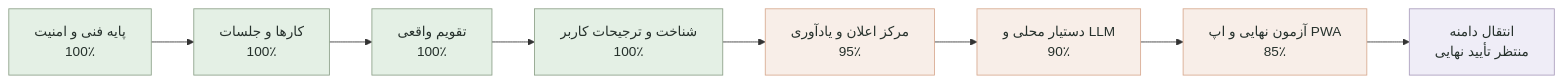
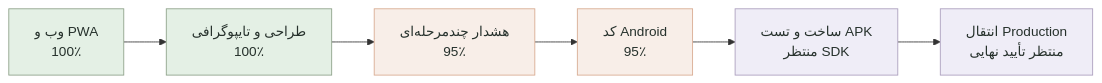
Before and after one commit to tparkhondeh/personalAgent: the diagram in PROJECT_STATUS.md, drawn with Mermaid. The commit also changed other lines of this file and 110 other files, not shown here.

````diff
--- a/PROJECT_STATUS.md
+++ b/PROJECT_STATUS.md
@@ -18,17 +18,15 @@
 ```mermaid
 flowchart LR
-    A[پایه فنی و امنیت<br/>100٪] --> B[کارها و جلسات<br/>100٪]
-    B --> C[تقویم واقعی<br/>100٪]
-    C --> D[شناخت و ترجیحات کاربر<br/>100٪]
-    D --> E[مرکز اعلان و یادآوری<br/>95٪]
-    E --> F[دستیار محلی و LLM<br/>90٪]
-    F --> G[آزمون نهایی و اپ PWA<br/>85٪]
-    G --> H[انتقال دامنه<br/>منتظر تأیید نهایی]
+    A[وب و PWA<br/>100٪] --> B[طراحی و تایپوگرافی<br/>100٪]
+    B --> C[هشدار چندمرحله‌ای<br/>95٪]
+    C --> D[کد Android<br/>95٪]
+    D --> E[ساخت و تست APK<br/>منتظر SDK]
+    E --> F[انتقال Production<br/>منتظر تأیید نهایی]
 
     classDef done fill:#e4f0e5,stroke:#8ca088,color:#26312c;
     classDef active fill:#f8eee8,stroke:#d7a98f,color:#26312c;
     classDef pending fill:#efedf7,stroke:#aa9dbc,color:#26312c;
-    class A,B,C,D done;
-    class E,F,G active;
-    class H pending;
+    class A,B done;
+    class C,D active;
+    class E,F pending;
 ```
````
